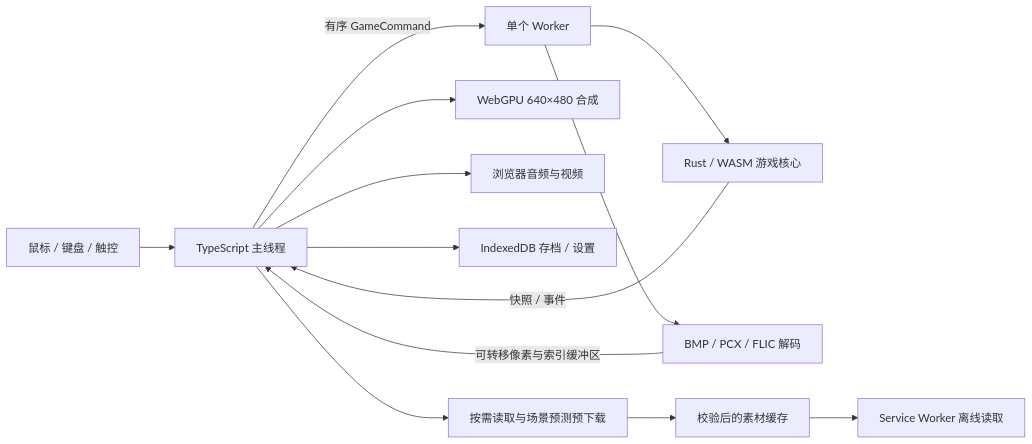
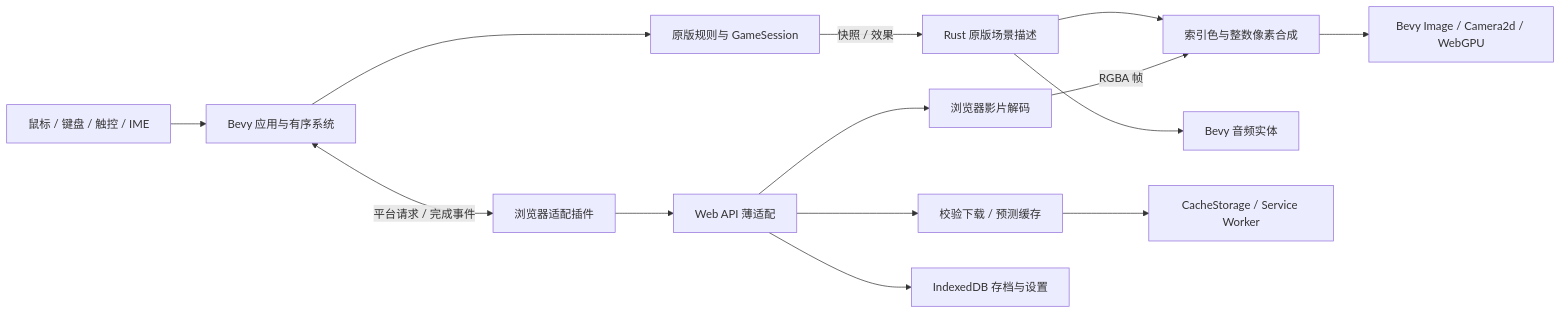
The diagram in docs/architecture.md (hr567/VirtualLife), drawn with Mermaid before and after one commit. The commit also changed other lines of this file and 177 other files, not shown here.

````diff
--- a/docs/architecture.md
+++ b/docs/architecture.md
@@ -5,15 +5,16 @@
 ```mermaid
 flowchart LR
-  Input[鼠标 / 键盘 / 触控] --> Main[TypeScript 主线程]
-  Main -->|有序 GameCommand| Worker[单个 Worker]
-  Worker --> Core[Rust / WASM 游戏核心]
-  Core -->|快照 / 事件| Main
-  Worker --> Decode[BMP / PCX / FLIC 解码]
-  Decode -->|可转移像素与索引缓冲区| Main
-  Main --> GPU[WebGPU 640×480 合成]
-  Main --> Audio[浏览器音频与视频]
-  Main --> IDB[IndexedDB 存档 / 设置]
-  Main --> Assets[按需读取与场景预测预下载]
-  Assets --> Cache[校验后的素材缓存]
-  Cache --> SW[Service Worker 离线读取]
+  Input[鼠标 / 键盘 / 触控 / IME] --> App[Bevy 应用与有序系统]
+  App --> Core[原版规则与 GameSession]
+  Core -->|快照 / 效果| Scene[Rust 原版场景描述]
+  Scene --> Pixels[索引色与整数像素合成]
+  Pixels --> Display[Bevy Image / Camera2d / WebGPU]
+  Scene --> Audio[Bevy 音频实体]
+  App <-->|平台请求 / 完成事件| Bridge[浏览器适配插件]
+  Bridge --> Web[Web API 薄适配]
+  Web --> Assets[校验下载 / 预测缓存]
+  Web --> Media[浏览器影片解码]
+  Media -->|RGBA 帧| Pixels
+  Web --> IDB[IndexedDB 存档与设置]
+  Assets --> Cache[CacheStorage / Service Worker]
 ```
````
